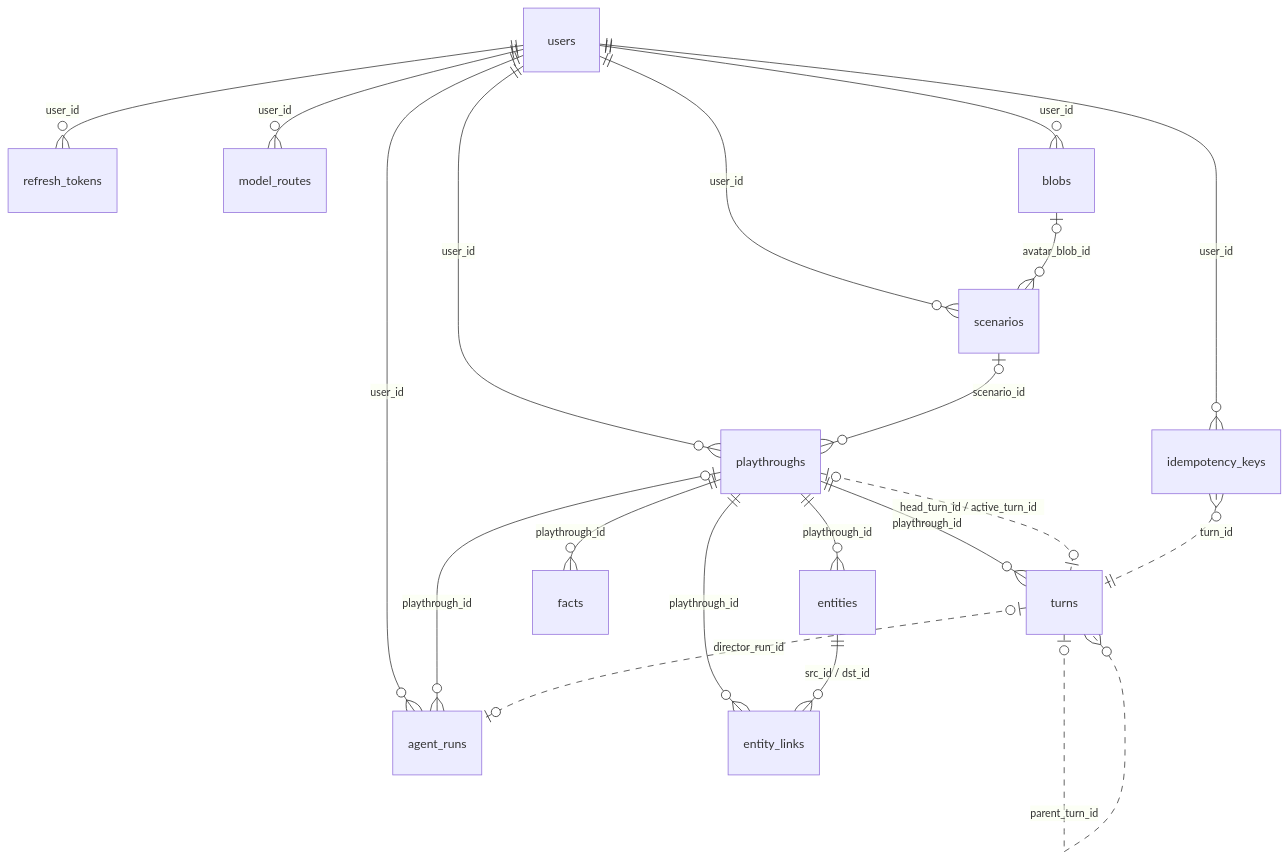
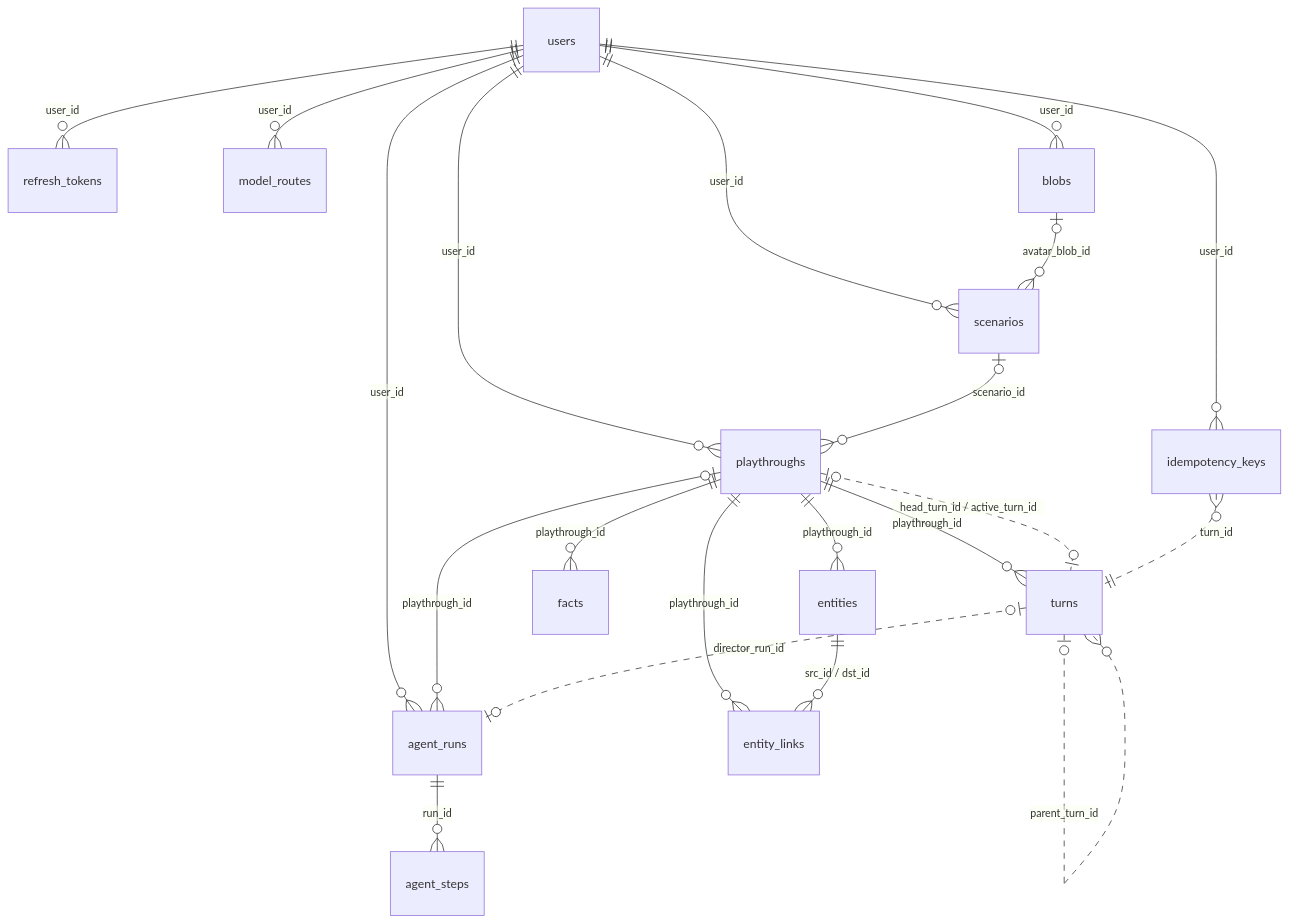
One commit to Hexthebaldy/BetterTavern changed the diagram in docs/data-model/README.md. Above: the diagram before and after it, drawn with Mermaid. The commit also changed other lines of this file and 56 other files, not shown here.

````diff
--- a/docs/data-model/README.md
+++ b/docs/data-model/README.md
@@ -44,22 +44,23 @@
 ```mermaid
 erDiagram
     users ||--o{ refresh_tokens : "user_id"
     users ||--o{ model_routes : "user_id"
     users ||--o{ blobs : "user_id"
     users ||--o{ scenarios : "user_id"
     users ||--o{ playthroughs : "user_id"
     users ||--o{ agent_runs : "user_id"
     users ||--o{ idempotency_keys : "user_id"
     blobs |o--o{ scenarios : "avatar_blob_id"
     scenarios |o--o{ playthroughs : "scenario_id"
     playthroughs ||--o{ turns : "playthrough_id"
     playthroughs ||--o{ entities : "playthrough_id"
     playthroughs ||--o{ entity_links : "playthrough_id"
     playthroughs ||--o{ facts : "playthrough_id"
     playthroughs |o--o{ agent_runs : "playthrough_id"
+    agent_runs ||--o{ agent_steps : "run_id"
     entities ||--o{ entity_links : "src_id / dst_id"
     playthroughs |o..o| turns : "head_turn_id / active_turn_id"
     turns |o..o{ turns : "parent_turn_id"
     turns |o..o| agent_runs : "director_run_id"
     idempotency_keys }o..|| turns : "turn_id"
 ```
````
